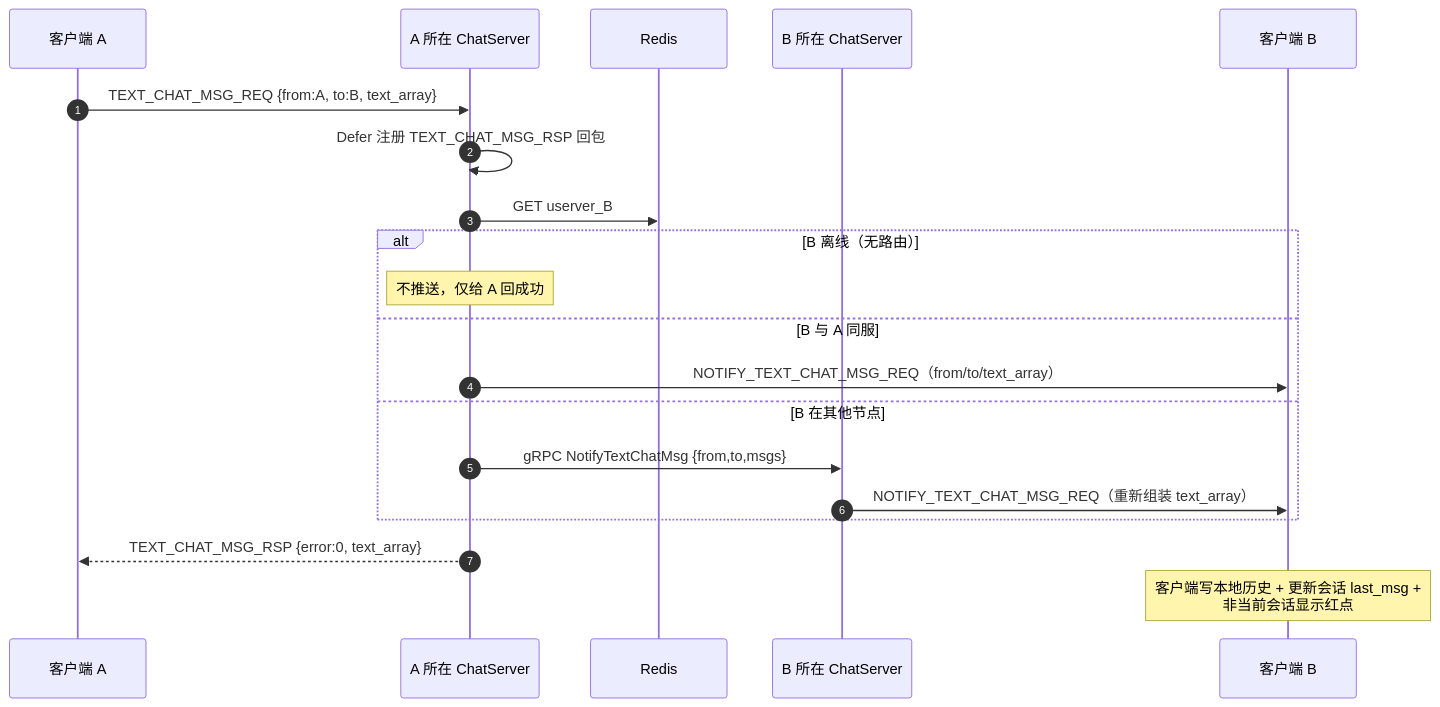
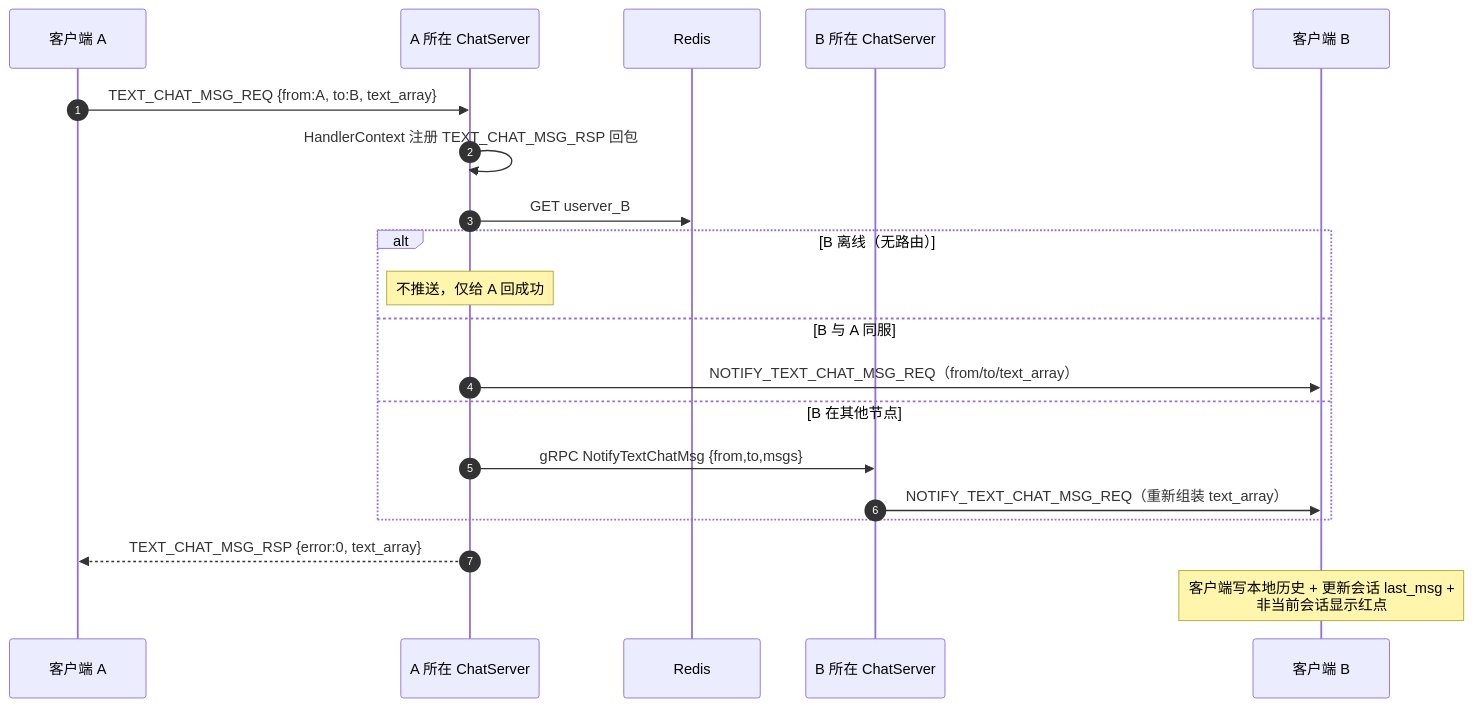
One commit to codeT2001/MyChat changed the sixth of 6 diagrams in Servers/ChatServer/README.md. Above: the diagram before and after it, drawn with Mermaid. The commit also changed other lines of this file and 6 other files, not shown here.

````diff
--- a/Servers/ChatServer/README.md
+++ b/Servers/ChatServer/README.md
@@ -176,23 +181,23 @@
 ```mermaid
 sequenceDiagram
     autonumber
     participant A as 客户端 A
     participant SA as A 所在 ChatServer
     participant R as Redis
     participant SB as B 所在 ChatServer
     participant B as 客户端 B
 
     A->>SA: TEXT_CHAT_MSG_REQ {from:A, to:B, text_array}
-    SA->>SA: Defer 注册 TEXT_CHAT_MSG_RSP 回包
+    SA->>SA: HandlerContext 注册 TEXT_CHAT_MSG_RSP 回包
     SA->>R: GET userver_B
     alt B 离线（无路由）
         Note over SA: 不推送，仅给 A 回成功
     else B 与 A 同服
         SA->>B: NOTIFY_TEXT_CHAT_MSG_REQ（from/to/text_array）
     else B 在其他节点
         SA->>SB: gRPC NotifyTextChatMsg {from,to,msgs}
         SB->>B: NOTIFY_TEXT_CHAT_MSG_REQ（重新组装 text_array）
     end
     SA-->>A: TEXT_CHAT_MSG_RSP {error:0, text_array}
     Note over B: 客户端写本地历史 + 更新会话 last_msg +<br/>非当前会话显示红点
 ```
````
